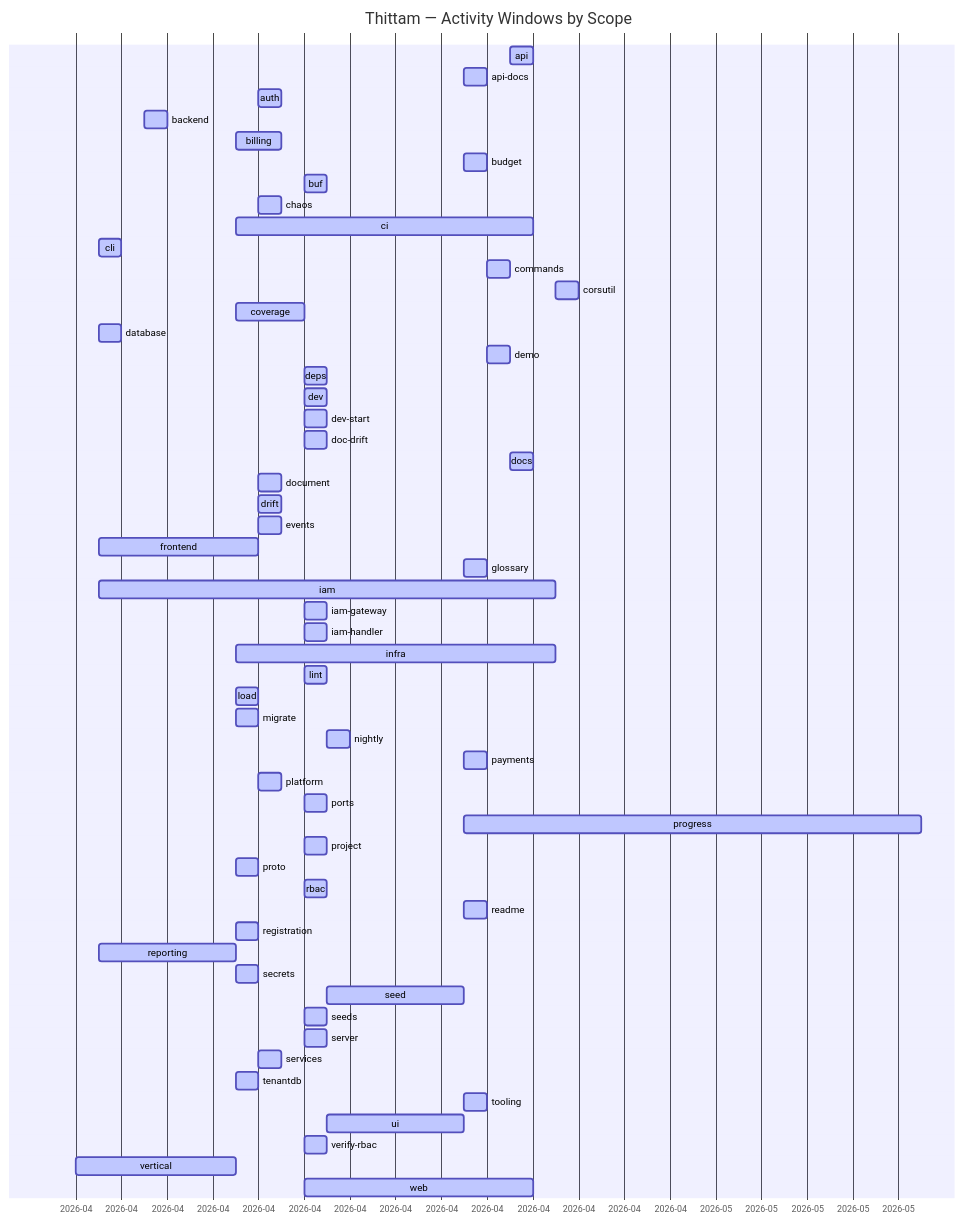
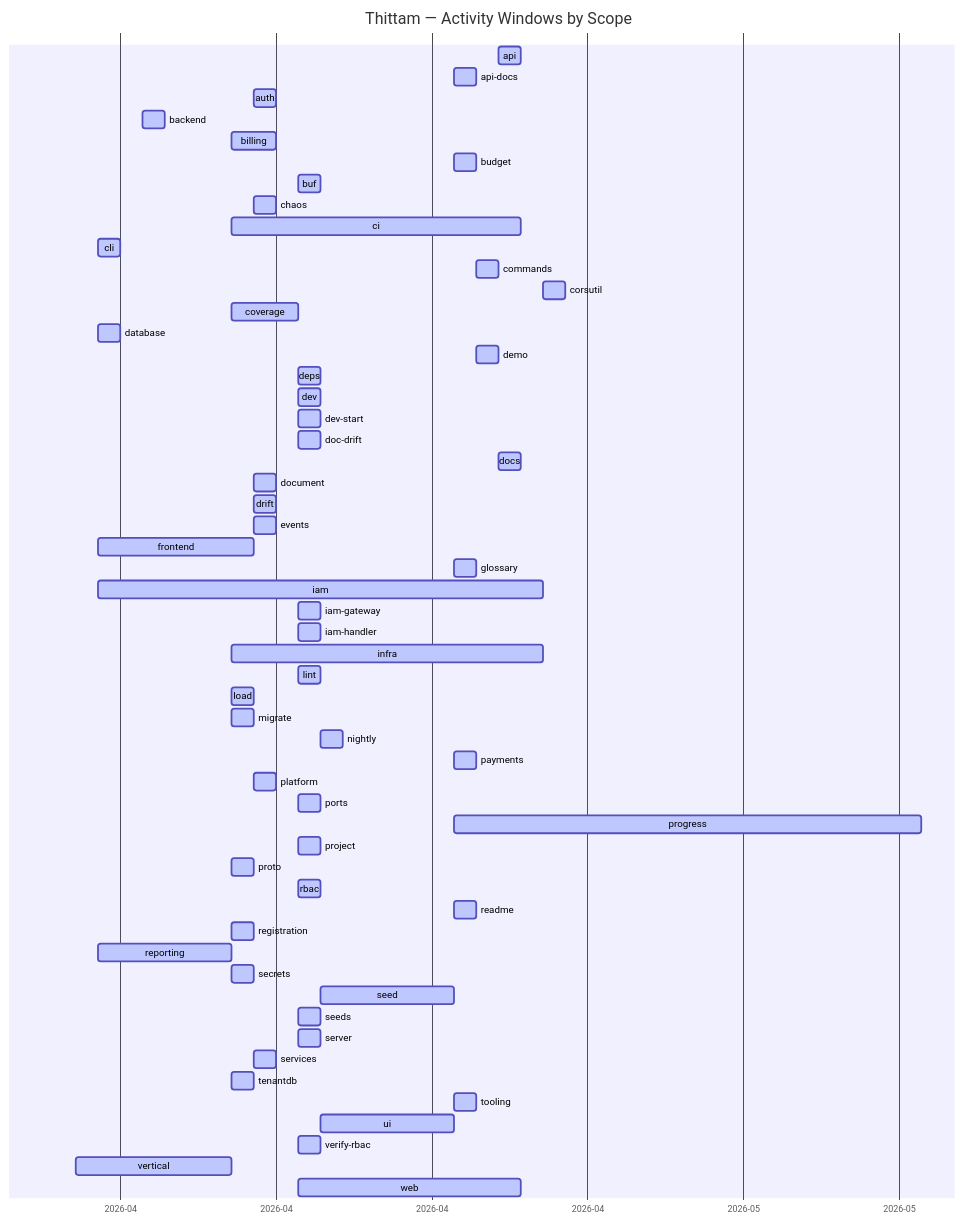
Before and after one commit to wegofwd2020-hub/thittam: the diagram in docs/PROGRESS.md, drawn with Mermaid. The commit also changed other lines of this file and 1 other file, not shown here.

Commit message:
chore(progress): nightly update of docs/PROGRESS.md + CSVs

````diff
--- a/docs/PROGRESS.md
+++ b/docs/PROGRESS.md
@@ -9,60 +9,60 @@
 ```mermaid
 gantt
     title Thittam — Activity Windows by Scope
     dateFormat YYYY-MM-DD
     axisFormat %Y-%m
     api                :active, s_api, 2026-04-22, 2026-04-23
     api-docs           :active, s_api_docs, 2026-04-20, 2026-04-21
     auth               :active, s_auth, 2026-04-11, 2026-04-12
     backend            :active, s_backend, 2026-04-06, 2026-04-07
     billing            :active, s_billing, 2026-04-10, 2026-04-12
     budget             :active, s_budget, 2026-04-20, 2026-04-21
     buf                :active, s_buf, 2026-04-13, 2026-04-14
     chaos              :active, s_chaos, 2026-04-11, 2026-04-12
     ci                 :active, s_ci, 2026-04-10, 2026-04-23
     cli                :active, s_cli, 2026-04-04, 2026-04-05
     commands           :active, s_commands, 2026-04-21, 2026-04-22
     corsutil           :active, s_corsutil, 2026-04-24, 2026-04-25
     coverage           :active, s_coverage, 2026-04-10, 2026-04-13
     database           :active, s_database, 2026-04-04, 2026-04-05
     demo               :active, s_demo, 2026-04-21, 2026-04-22
     deps               :active, s_deps, 2026-04-13, 2026-04-14
     dev                :active, s_dev, 2026-04-13, 2026-04-14
     dev-start          :active, s_dev_start, 2026-04-13, 2026-04-14
     doc-drift          :active, s_doc_drift, 2026-04-13, 2026-04-14
     docs               :active, s_docs, 2026-04-22, 2026-04-23
     document           :active, s_document, 2026-04-11, 2026-04-12
     drift              :active, s_drift, 2026-04-11, 2026-04-12
     events             :active, s_events, 2026-04-11, 2026-04-12
     frontend           :active, s_frontend, 2026-04-04, 2026-04-11
     glossary           :active, s_glossary, 2026-04-20, 2026-04-21
     iam                :active, s_iam, 2026-04-04, 2026-04-24
     iam-gateway        :active, s_iam_gateway, 2026-04-13, 2026-04-14
     iam-handler        :active, s_iam_handler, 2026-04-13, 2026-04-14
     infra              :active, s_infra, 2026-04-10, 2026-04-24
     lint               :active, s_lint, 2026-04-13, 2026-04-14
     load               :active, s_load, 2026-04-10, 2026-04-11
     migrate            :active, s_migrate, 2026-04-10, 2026-04-11
     nightly            :active, s_nightly, 2026-04-14, 2026-04-15
     payments           :active, s_payments, 2026-04-20, 2026-04-21
     platform           :active, s_platform, 2026-04-11, 2026-04-12
     ports              :active, s_ports, 2026-04-13, 2026-04-14
-    progress           :active, s_progress, 2026-04-20, 2026-05-10
+    progress           :active, s_progress, 2026-04-20, 2026-05-11
     project            :active, s_project, 2026-04-13, 2026-04-14
     proto              :active, s_proto, 2026-04-10, 2026-04-11
     rbac               :active, s_rbac, 2026-04-13, 2026-04-14
     readme             :active, s_readme, 2026-04-20, 2026-04-21
     registration       :active, s_registration, 2026-04-10, 2026-04-11
     reporting          :active, s_reporting, 2026-04-04, 2026-04-10
     secrets            :active, s_secrets, 2026-04-10, 2026-04-11
     seed               :active, s_seed, 2026-04-14, 2026-04-20
     seeds              :active, s_seeds, 2026-04-13, 2026-04-14
     server             :active, s_server, 2026-04-13, 2026-04-14
     services           :active, s_services, 2026-04-11, 2026-04-12
     tenantdb           :active, s_tenantdb, 2026-04-10, 2026-04-11
     tooling            :active, s_tooling, 2026-04-20, 2026-04-21
     ui                 :active, s_ui, 2026-04-14, 2026-04-20
     verify-rbac        :active, s_verify_rbac, 2026-04-13, 2026-04-14
     vertical           :active, s_vertical, 2026-04-03, 2026-04-10
     web                :active, s_web, 2026-04-13, 2026-04-23
 ```
````
